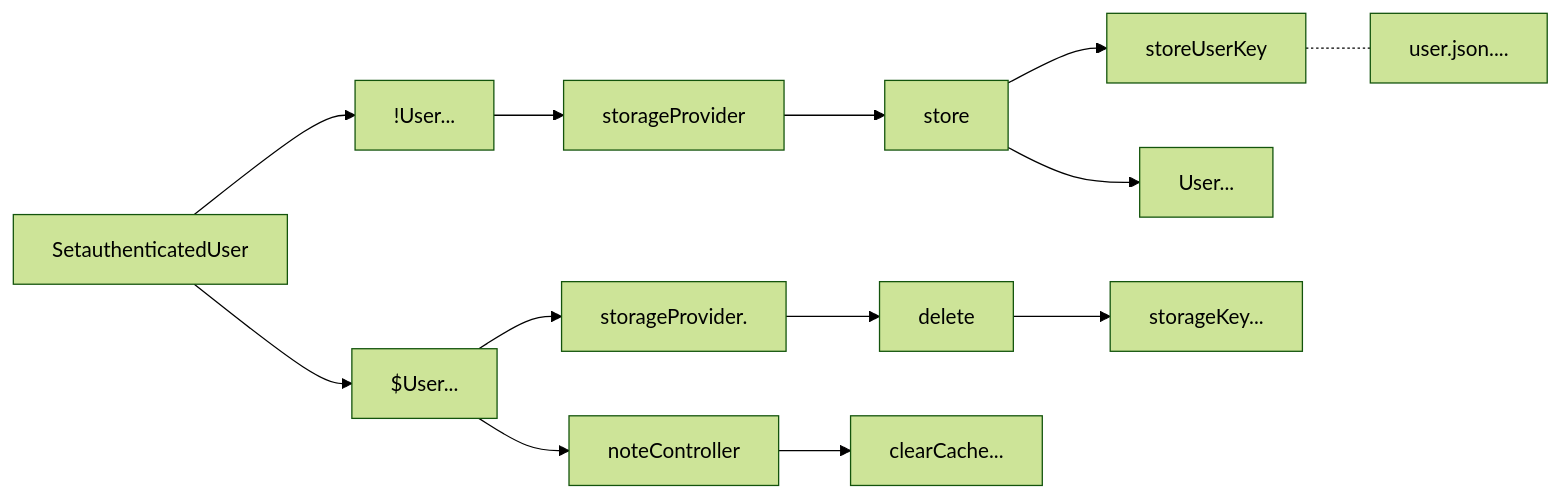
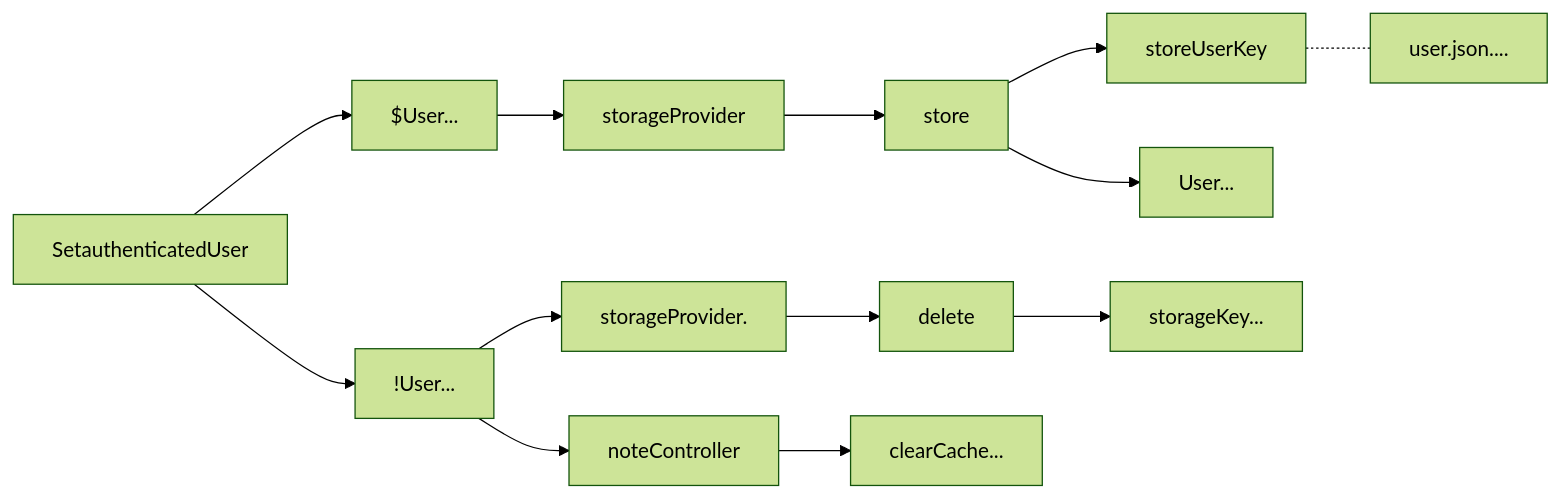
One commit to gordianknotC/nxp_note changed the fourth of 8 diagrams in newage/astro.md. Above: the diagram before and after it, drawn with Mermaid (forest theme). The commit also changed other lines of this file, not shown here.

````diff
--- a/newage/astro.md
+++ b/newage/astro.md
@@ -47,16 +47,16 @@
 ```mermaid
 graph LR
 storeUserKey -.- user.json....
 SetauthenticatedUser --> $User...
 SetauthenticatedUser --> !User...
-!User... --> storageProvider
+$User... --> storageProvider
 storageProvider --> store
 store --> storeUserKey
 store --> User...
 
-$User... --> storageProvider.
+!User... --> storageProvider.
 storageProvider. --> delete
 delete --> storageKey...
-$User... --> noteController
+!User... --> noteController
 noteController --> clearCache...
 ```
````
